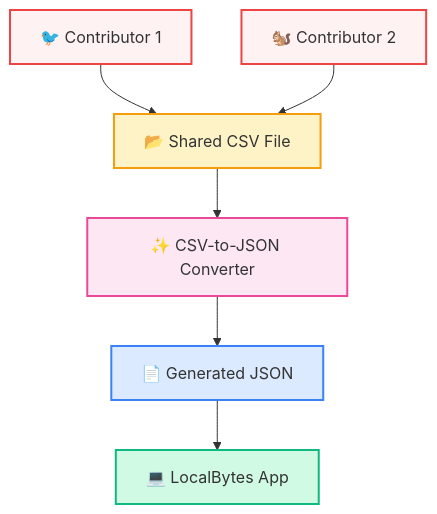
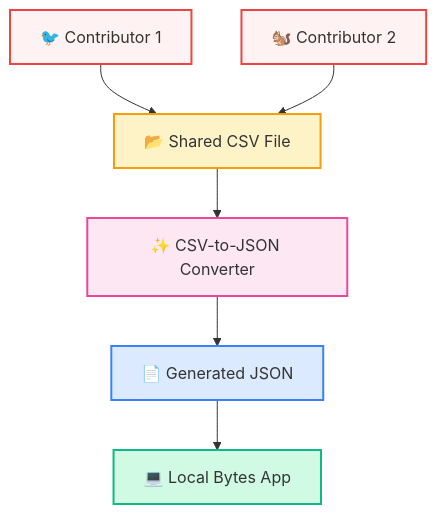
Before and after one commit to kazvee/local-bytes: the diagram in README.md, drawn with Mermaid. The commit also changed other lines of this file and 4 other files, not shown here.

````diff
--- a/README.md
+++ b/README.md
@@ -22,15 +22,15 @@
 ```mermaid
 flowchart TD
     style CSV fill:#fef3c7,stroke:#f59e0b,stroke-width:2px
     style Converter fill:#fce7f3,stroke:#ec4899,stroke-width:2px
     style JSON fill:#dbeafe,stroke:#3b82f6,stroke-width:2px
     style App fill:#d1fae5,stroke:#10b981,stroke-width:2px
     style Contributor1 fill:#fef2f2,stroke:#ef4444,stroke-width:2px
     style Contributor2 fill:#fef2f2,stroke:#ef4444,stroke-width:2px
 
     Contributor1["🐦 Contributor 1"] --> CSV["📂 Shared CSV File"]
     Contributor2["🐿️ Contributor 2"] --> CSV
     CSV --> Converter["✨ CSV-to-JSON Converter"]
     Converter --> JSON["📄 Generated JSON"]
-    JSON --> App["💻 LocalBytes App"]
+    JSON --> App["💻 Local Bytes App"]
 ```
````
